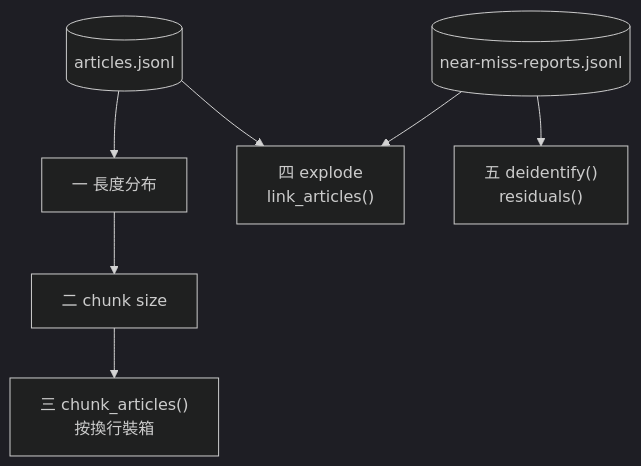
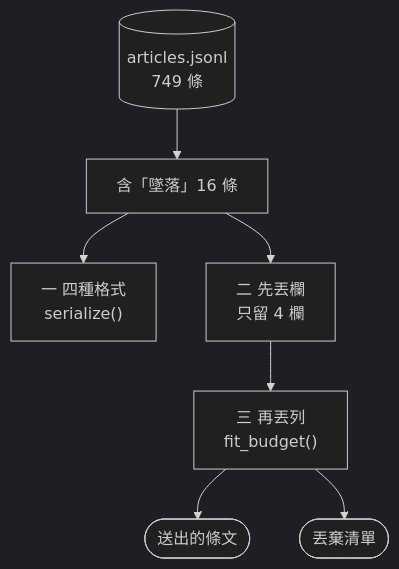
Before and after one commit to 4-learn/data-analysis-and-process-demo: the first of 9 diagrams in docs/17.md, drawn with Mermaid (dark theme). The commit also changed other lines of this file and 189 other files, not shown here.

````diff
--- a/docs/17.md
+++ b/docs/17.md
@@ -24,7 +28,9 @@
 ```mermaid
 flowchart TD
-    A[("articles.jsonl")] --> L["一 長度分布"] --> S["二 chunk size"] --> C["三 chunk_articles()<br/>按換行裝箱"]
-    R[("near-miss-reports.jsonl")] --> E["四 explode<br/>link_articles()"]
-    R --> D["五 deidentify()<br/>residuals()"]
-    A --> E
+    F[("articles.jsonl<br/>749 條")] --> H["含「墜落」16 條"]
+    H --> A["一 四種格式<br/>serialize()"]
+    H --> B["二 先丟欄<br/>只留 4 欄"]
+    B --> C["三 再丟列<br/>fit_budget()"]
+    C --> D(["送出的條文"])
+    C --> E(["丟棄清單"])
 ```
````
